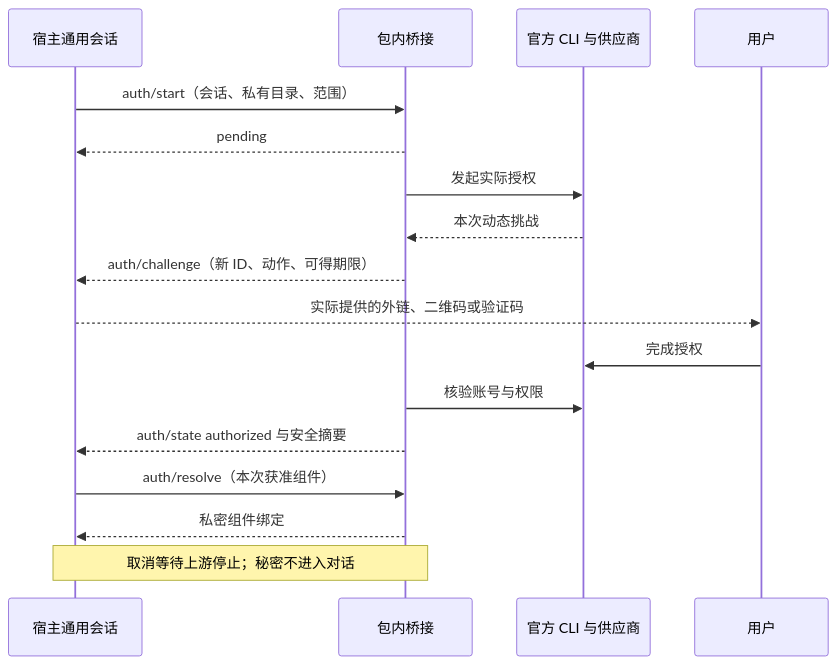
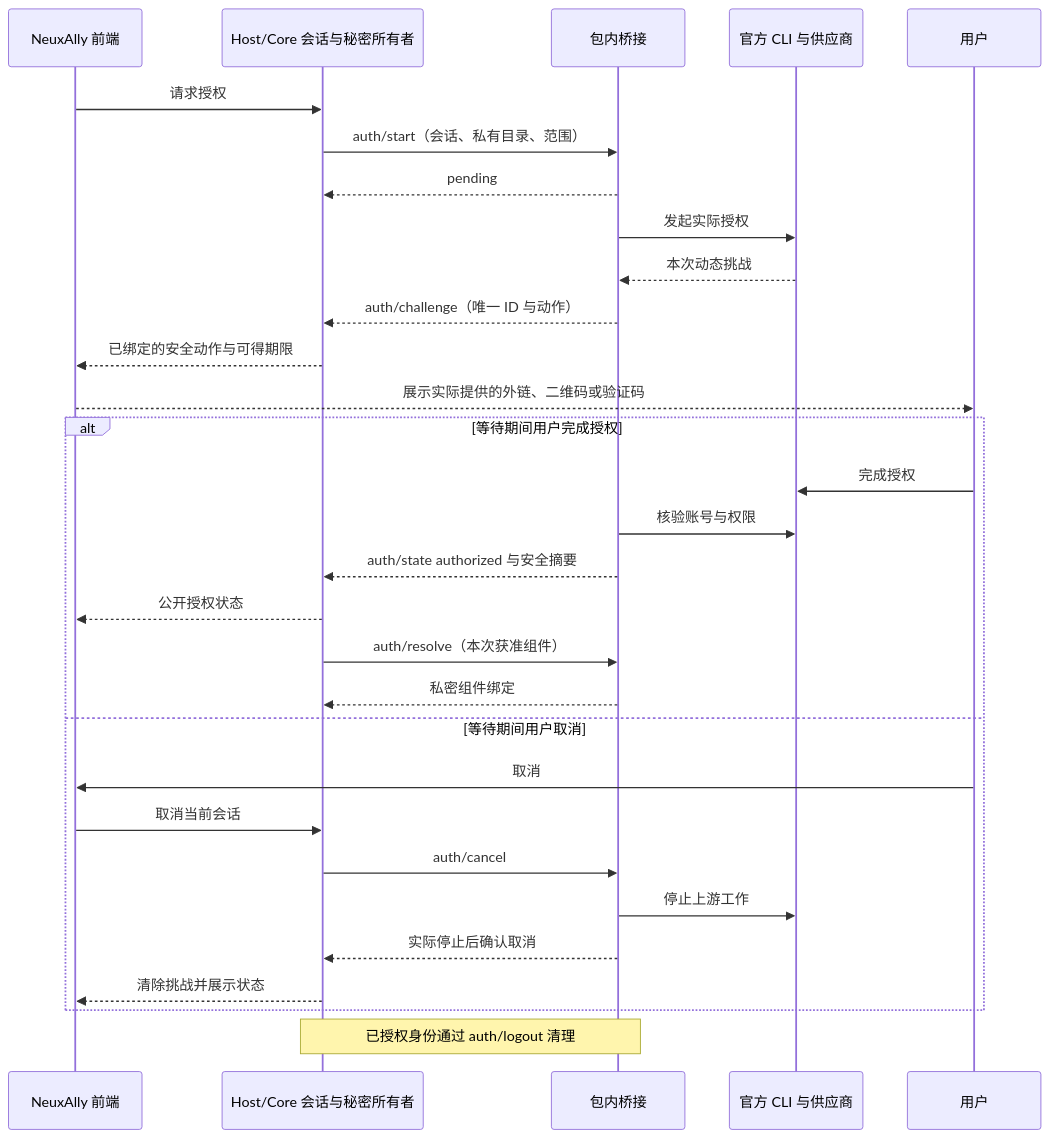
The second of 2 diagrams in README.zh-CN.md (JieWaZi/NeuAally-Plugins), drawn with Mermaid before and after one commit. The commit also changed other lines of this file and 28 other files, not shown here.

````diff
--- a/README.zh-CN.md
+++ b/README.zh-CN.md
@@ -86,19 +102,32 @@
 ```mermaid
 sequenceDiagram
-  participant Host as 宿主通用会话
+  participant UI as NeuxAlly 前端
+  participant Core as Host/Core 会话与秘密所有者
   participant Bridge as 包内桥接
   participant Provider as 官方 CLI 与供应商
   participant User as 用户
-  Host->>Bridge: auth/start（会话、私有目录、范围）
-  Bridge-->>Host: pending
+  UI->>Core: 请求授权
+  Core->>Bridge: auth/start（会话、私有目录、范围）
+  Bridge-->>Core: pending
   Bridge->>Provider: 发起实际授权
   Provider-->>Bridge: 本次动态挑战
-  Bridge-->>Host: auth/challenge（新 ID、动作、可得期限）
-  Host-->>User: 实际提供的外链、二维码或验证码
-  User->>Provider: 完成授权
+  Bridge-->>Core: auth/challenge（唯一 ID 与动作）
+  Core-->>UI: 已绑定的安全动作与可得期限
+  UI-->>User: 展示实际提供的外链、二维码或验证码
+  alt 等待期间用户完成授权
+    User->>Provider: 完成授权
   Bridge->>Provider: 核验账号与权限
-  Bridge-->>Host: auth/state authorized 与安全摘要
-  Host->>Bridge: auth/resolve（本次获准组件）
-  Bridge-->>Host: 私密组件绑定
-  Note over Host,Bridge: 取消等待上游停止；秘密不进入对话
+  Bridge-->>Core: auth/state authorized 与安全摘要
+  Core-->>UI: 公开授权状态
+  Core->>Bridge: auth/resolve（本次获准组件）
+  Bridge-->>Core: 私密组件绑定
+  else 等待期间用户取消
+    User->>UI: 取消
+    UI->>Core: 取消当前会话
+    Core->>Bridge: auth/cancel
+    Bridge->>Provider: 停止上游工作
+    Bridge-->>Core: 实际停止后确认取消
+    Core-->>UI: 清除挑战并展示状态
+  end
+  Note over Core,Bridge: 已授权身份通过 auth/logout 清理
 ```
````
